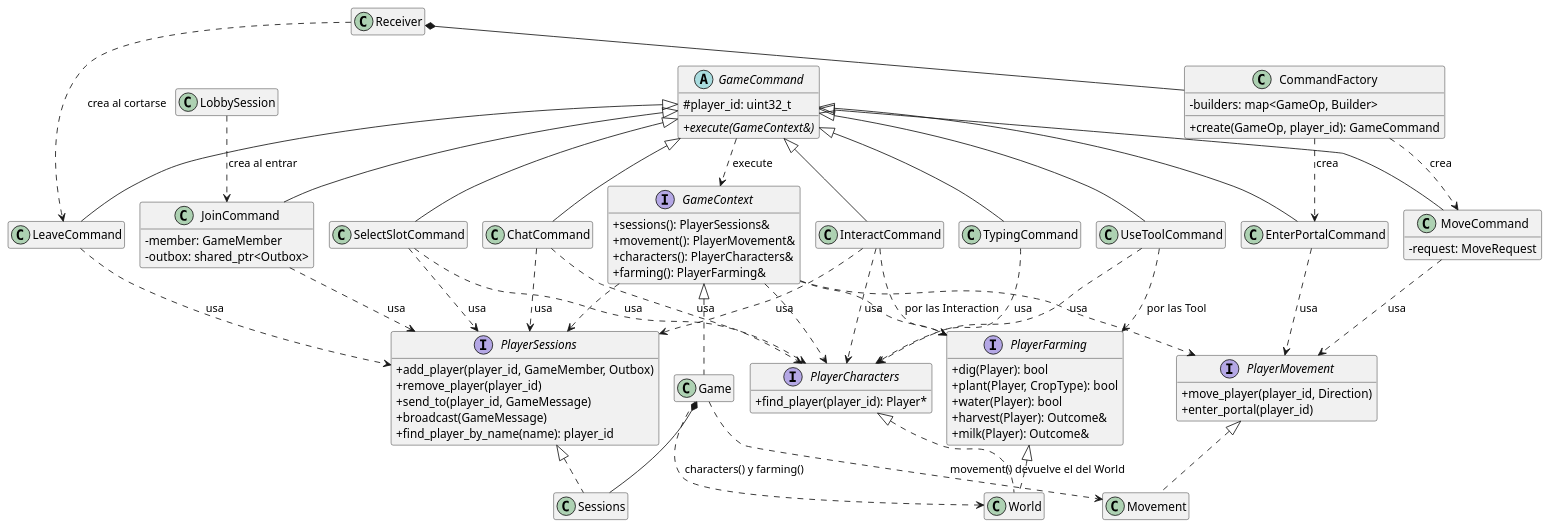
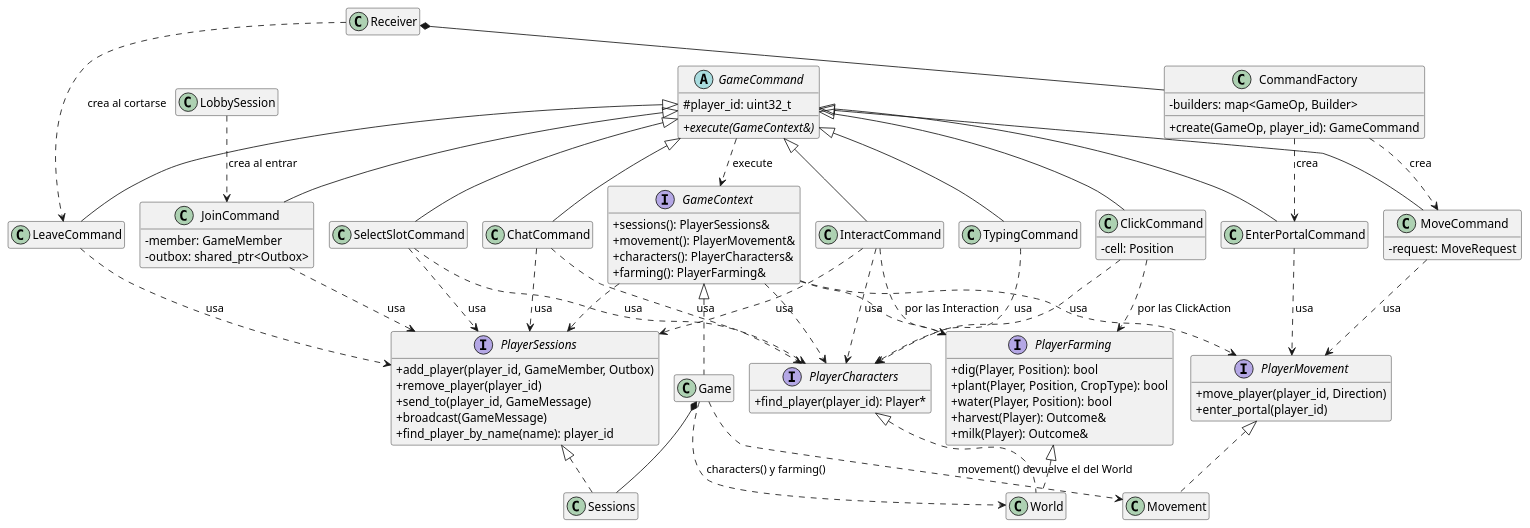
Before and after one commit to jerod1903/tp-taller-2026c2-grupo-14: the diagram in server/docs/diagrams/commands/commands.puml, drawn with PlantUML. The commit also changed 29 other files, not shown here.

Commit message:
feat(click): Click con la celda reemplaza a UseTool; ClickAction según lo que haya en la celda, con UseTool sobre celdas pegadas al jugador

```diff
--- a/server/docs/diagrams/commands/commands.puml
+++ b/server/docs/diagrams/commands/commands.puml
@@ -1,103 +1,105 @@
 @startuml commands
 !pragma layout smetana
 hide empty members
 skinparam classAttributeIconSize 0
 
 interface GameContext {
   + sessions(): PlayerSessions&
   + movement(): PlayerMovement&
   + characters(): PlayerCharacters&
   + farming(): PlayerFarming&
 }
 interface PlayerSessions {
   + add_player(player_id, GameMember, Outbox)
   + remove_player(player_id)
   + send_to(player_id, GameMessage)
   + broadcast(GameMessage)
   + find_player_by_name(name): player_id
 }
 interface PlayerCharacters {
   + find_player(player_id): Player*
 }
 interface PlayerFarming {
-  + dig(Player): bool
-  + plant(Player, CropType): bool
-  + water(Player): bool
+  + dig(Player, Position): bool
+  + plant(Player, Position, CropType): bool
+  + water(Player, Position): bool
   + harvest(Player): Outcome&
   + milk(Player): Outcome&
 }
 interface PlayerMovement {
   + move_player(player_id, Direction)
   + enter_portal(player_id)
 }
 class Game
 class Sessions
 class Movement
 class World
 abstract class GameCommand {
   # player_id: uint32_t
   + {abstract} execute(GameContext&)
 }
 class MoveCommand {
   - request: MoveRequest
 }
 class JoinCommand {
   - member: GameMember
   - outbox: shared_ptr<Outbox>
 }
 class LeaveCommand
 class EnterPortalCommand
 class ChatCommand
 class InteractCommand
-class UseToolCommand
+class ClickCommand {
+  - cell: Position
+}
 class SelectSlotCommand
 class TypingCommand
 class CommandFactory {
   - builders: map<GameOp, Builder>
   + create(GameOp, player_id): GameCommand
 }
 class Receiver
 class LobbySession
 
 GameContext <|.. Game
 PlayerSessions <|.. Sessions
 PlayerMovement <|.. Movement
 PlayerCharacters <|.. World
 PlayerFarming <|.. World
 GameContext ..> PlayerCharacters
 GameContext ..> PlayerFarming
 Game ..> World : characters() y farming()
 ChatCommand ..> PlayerSessions : usa
 ChatCommand ..> PlayerCharacters : usa
 InteractCommand ..> PlayerSessions : usa
 InteractCommand ..> PlayerCharacters : usa
 InteractCommand ..> PlayerFarming : por las Interaction
-UseToolCommand ..> PlayerCharacters : usa
-UseToolCommand ..> PlayerFarming : por las Tool
+ClickCommand ..> PlayerCharacters : usa
+ClickCommand ..> PlayerFarming : por las ClickAction
 SelectSlotCommand ..> PlayerSessions : usa
 SelectSlotCommand ..> PlayerCharacters : usa
 TypingCommand ..> PlayerCharacters : usa
 GameCommand <|-- ChatCommand
 GameCommand <|-- InteractCommand
-GameCommand <|-- UseToolCommand
+GameCommand <|-- ClickCommand
 GameCommand <|-- SelectSlotCommand
 GameCommand <|-- TypingCommand
 GameContext ..> PlayerSessions
 GameContext ..> PlayerMovement
 Game *-- Sessions
 Game ..> Movement : movement() devuelve el del World
 JoinCommand ..> PlayerSessions : usa
 LeaveCommand ..> PlayerSessions : usa
 MoveCommand ..> PlayerMovement : usa
 EnterPortalCommand ..> PlayerMovement : usa
 GameCommand <|-- MoveCommand
 GameCommand <|-- JoinCommand
 GameCommand <|-- LeaveCommand
 GameCommand <|-- EnterPortalCommand
 GameCommand ..> GameContext : execute
 CommandFactory ..> MoveCommand : crea
 CommandFactory ..> EnterPortalCommand : crea
 Receiver *-- CommandFactory
 Receiver ..> LeaveCommand : crea al cortarse
 LobbySession ..> JoinCommand : crea al entrar
 @enduml
```
